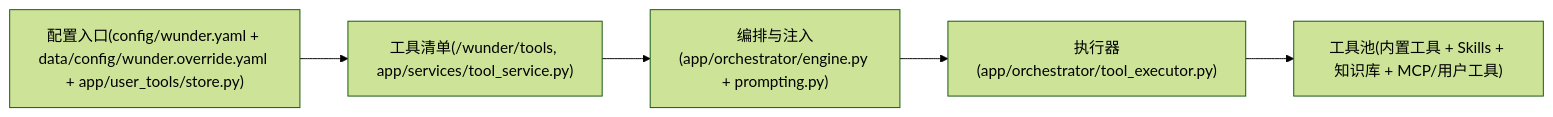
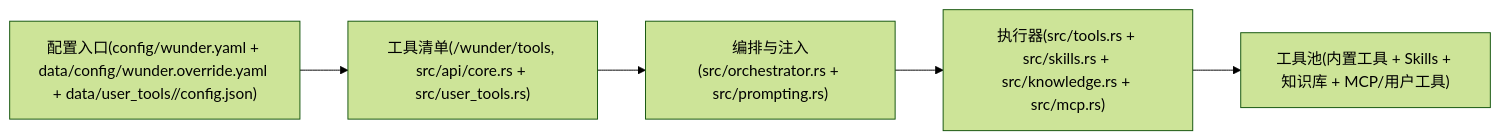
Before and after one commit to ylsdamxssjxxdd/wunder: the third of 5 diagrams in docs/系统介绍.md, drawn with Mermaid (forest theme). The commit also changed other lines of this file and 38 other files, not shown here.

````diff
--- a/docs/系统介绍.md
+++ b/docs/系统介绍.md
@@ -134,7 +134,7 @@
 ```mermaid
 flowchart LR
-  Config["配置入口(config/wunder.yaml + data/config/wunder.override.yaml + app/user_tools/store.py)"] --> Catalog["工具清单(/wunder/tools, app/services/tool_service.py)"]
-  Catalog --> Orchestrator["编排与注入(app/orchestrator/engine.py + prompting.py)"]
-  Orchestrator --> Exec["执行器(app/orchestrator/tool_executor.py)"]
+  Config["配置入口(config/wunder.yaml + data/config/wunder.override.yaml + data/user_tools/<user_id>/config.json)"] --> Catalog["工具清单(/wunder/tools, src/api/core.rs + src/user_tools.rs)"]
+  Catalog --> Orchestrator["编排与注入(src/orchestrator.rs + src/prompting.rs)"]
+  Orchestrator --> Exec["执行器(src/tools.rs + src/skills.rs + src/knowledge.rs + src/mcp.rs)"]
   Exec --> Pool["工具池(内置工具 + Skills + 知识库 + MCP/用户工具)"]
 ```
````
